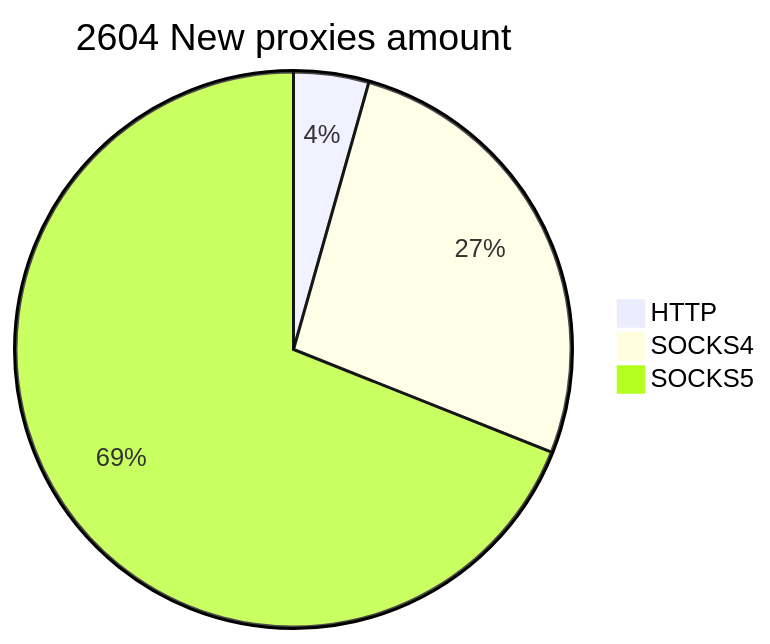
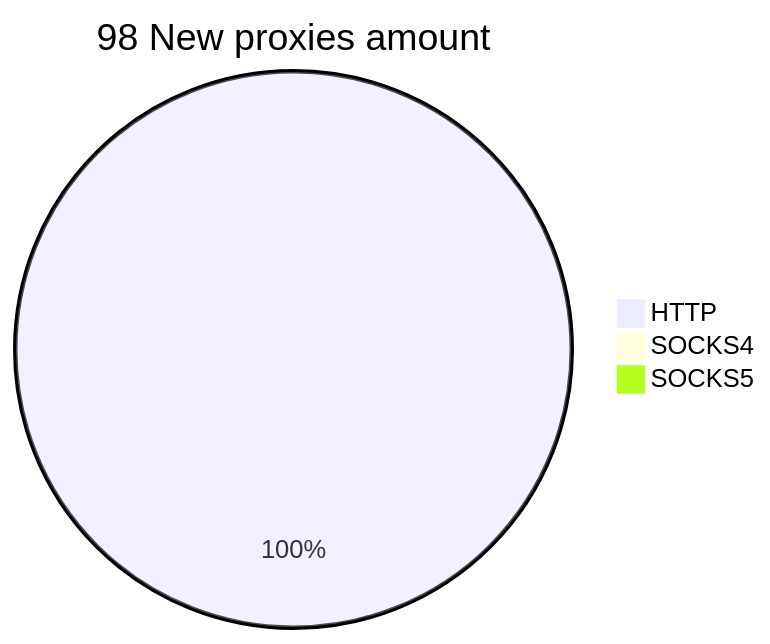
One commit to cutipu/proxylist changed the second of 2 diagrams in README.md. Above: the diagram before and after it, drawn with Mermaid. The commit also changed other lines of this file, not shown here.

````diff
--- a/README.md
+++ b/README.md
@@ -10,6 +10,6 @@
 ```mermaid
-pie title 2604 New proxies amount
-    "HTTP" : 114
-    "SOCKS4" : 694
-    "SOCKS5" : 1796
+pie title 98 New proxies amount
+    "HTTP" : 103
+    "SOCKS4" : 0
+    "SOCKS5" : 0
 ```
````
